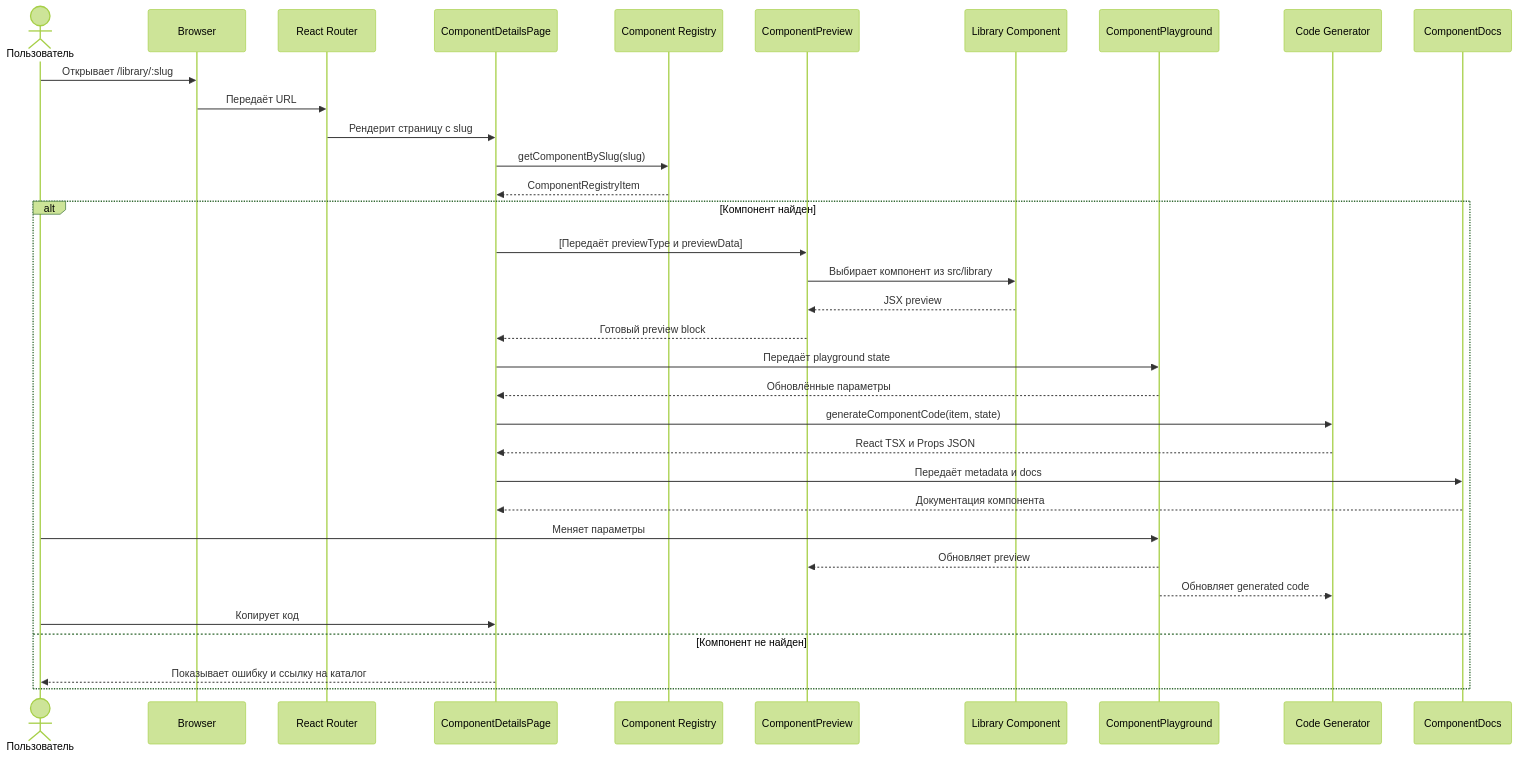
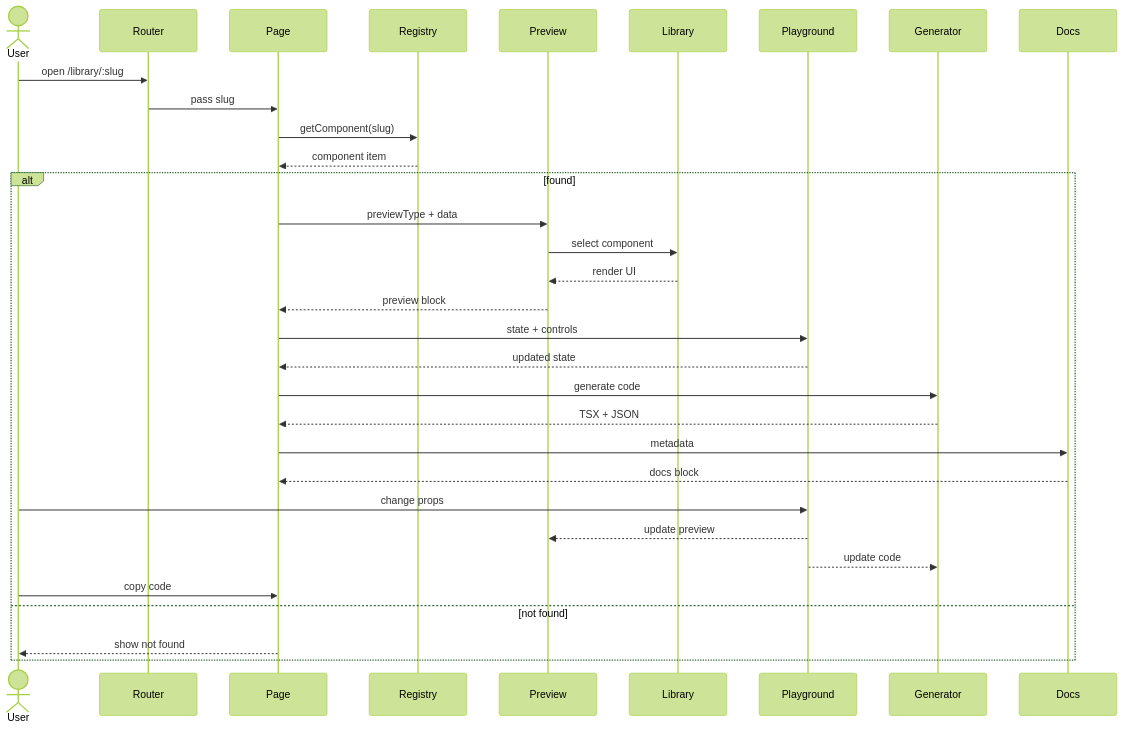
The fourth of 8 diagrams in README.md (4Raus/GridiFy), drawn with Mermaid (forest theme) before and after one commit. The commit also changed other lines of this file, not shown here.

````diff
--- a/README.md
+++ b/README.md
@@ -515,44 +515,40 @@
 ```mermaid
 sequenceDiagram
-    actor User as Пользователь
-    participant Browser as Browser
-    participant Router as React Router
-    participant Page as ComponentDetailsPage
-    participant Registry as Component Registry
-    participant Preview as ComponentPreview
-    participant Library as Library Component
-    participant Playground as ComponentPlayground
-    participant Generator as Code Generator
-    participant Docs as ComponentDocs
+    actor U as User
+    participant R as Router
+    participant P as Page
+    participant Reg as Registry
+    participant Prev as Preview
+    participant Lib as Library
+    participant Play as Playground
+    participant Gen as Generator
+    participant Docs as Docs
 
-    User->>Browser: Открывает /library/:slug
-    Browser->>Router: Передаёт URL
-    Router->>Page: Рендерит страницу с slug
+    U->>R: open /library/:slug
+    R->>P: pass slug
+    P->>Reg: getComponent(slug)
+    Reg-->>P: component item
 
-    Page->>Registry: getComponentBySlug(slug)
-    Registry-->>Page: ComponentRegistryItem
+    alt found
+        P->>Prev: previewType + data
+        Prev->>Lib: select component
+        Lib-->>Prev: render UI
+        Prev-->>P: preview block
 
-    alt Компонент найден
-        Page->>Preview: [Передаёт previewType и previewData]
-        Preview->>Library: Выбирает компонент из src/library
-        Library-->>Preview: JSX preview
-        Preview-->>Page: Готовый preview block
+        P->>Play: state + controls
+        Play-->>P: updated state
 
-        Page->>Playground: Передаёт playground state
-        Playground-->>Page: Обновлённые параметры
+        P->>Gen: generate code
+        Gen-->>P: TSX + JSON
 
-        Page->>Generator: generateComponentCode(item, state)
-        Generator-->>Page: React TSX и Props JSON
+        P->>Docs: metadata
+        Docs-->>P: docs block
 
-        Page->>Docs: Передаёт metadata и docs
-        Docs-->>Page: Документация компонента
-
-        User->>Playground: Меняет параметры
-        Playground-->>Preview: Обновляет preview
-        Playground-->>Generator: Обновляет generated code
-
-        User->>Page: Копирует код
-    else Компонент не найден
-        Page-->>User: Показывает ошибку и ссылку на каталог
+        U->>Play: change props
+        Play-->>Prev: update preview
+        Play-->>Gen: update code
+        U->>P: copy code
+    else not found
+        P-->>U: show not found
     end
 ```
````
